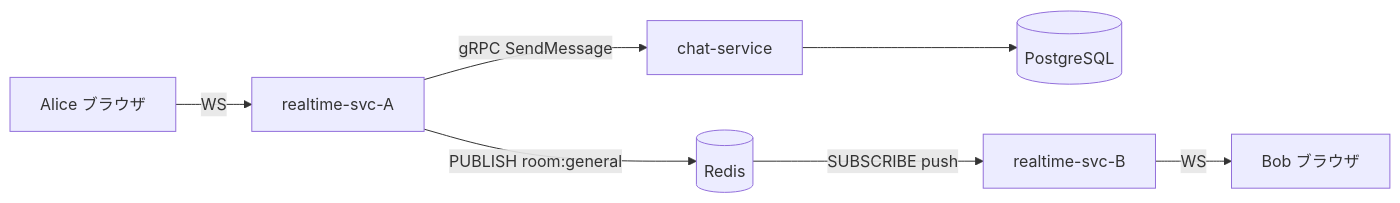
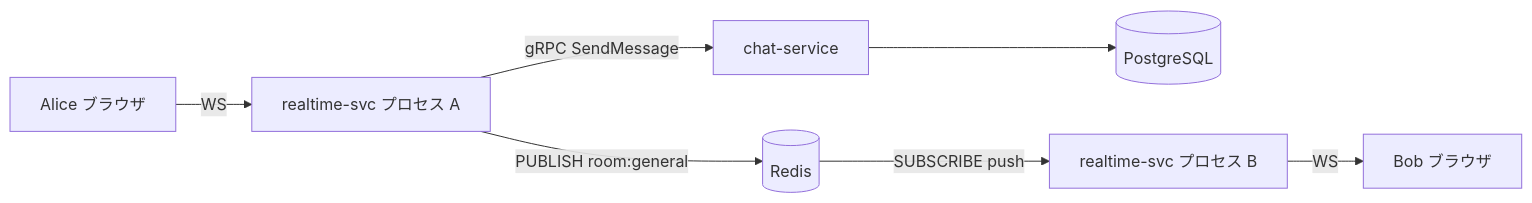
The second of 4 diagrams in docs/architecture/microservices.md (shunto-ishiguro/go-microservices-chat), drawn with Mermaid before and after one commit. The commit also changed other lines of this file and 3 other files, not shown here.

First line of the commit message:
docs(architecture): app/infra 分離 + JWT 検証集約を反映

````diff
--- a/docs/architecture/microservices.md
+++ b/docs/architecture/microservices.md
@@ -151,9 +140,9 @@
 ```mermaid
 graph LR
-    A[Alice ブラウザ] -->|WS| R1[realtime-svc-A]
+    A[Alice ブラウザ] -->|WS| R1[realtime-svc プロセス A]
     R1 -->|PUBLISH room:general| Redis[("Redis")]
     R1 -->|gRPC SendMessage| CS[chat-service]
     CS --> PG[("PostgreSQL")]
-    Redis -->|SUBSCRIBE push| R2[realtime-svc-B]
+    Redis -->|SUBSCRIBE push| R2[realtime-svc プロセス B]
     R2 -->|WS| B[Bob ブラウザ]
 ```
````
